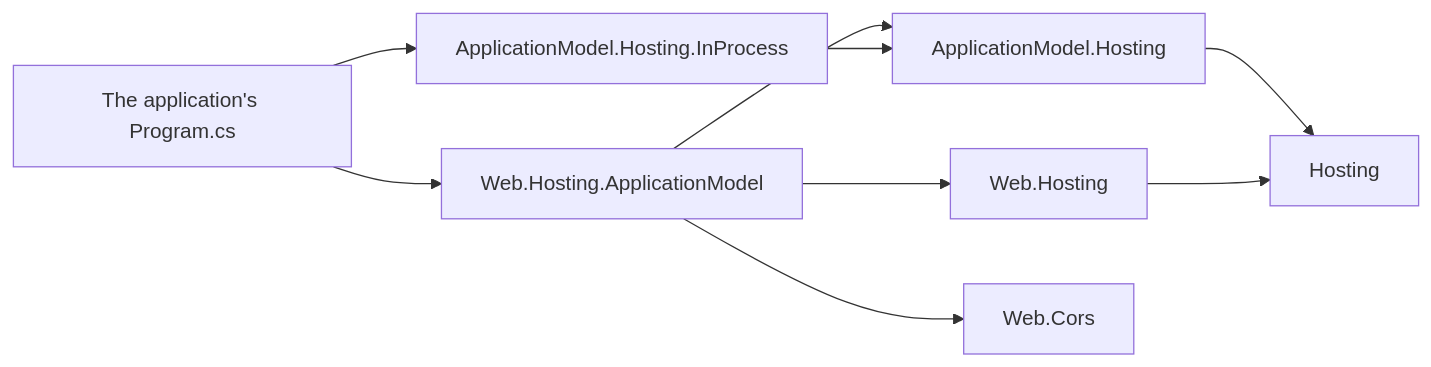
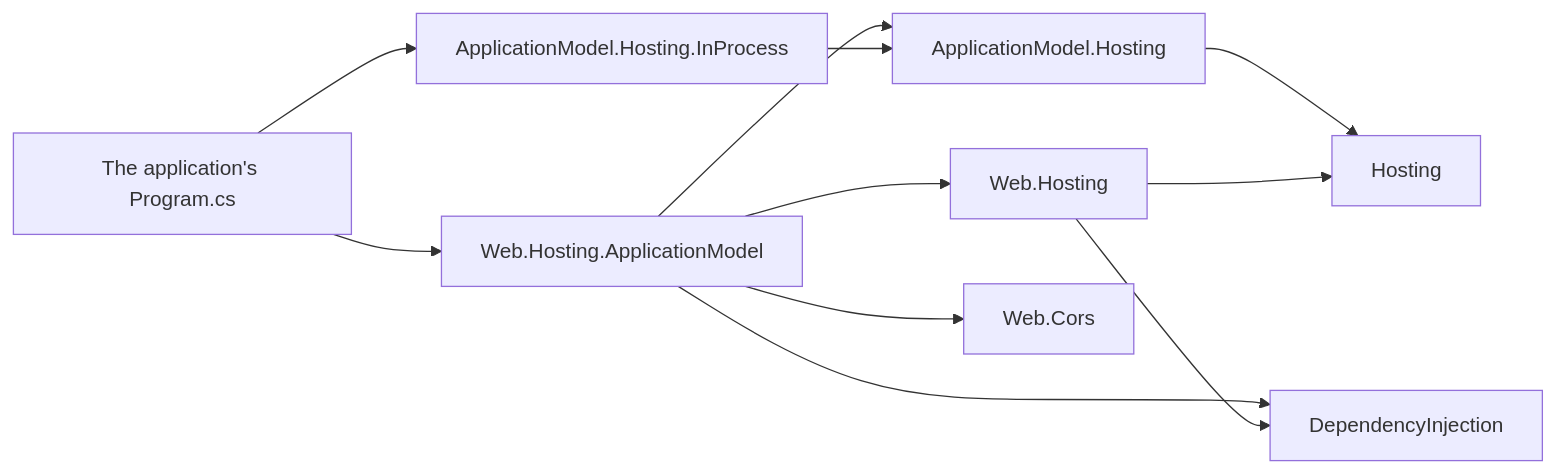
Before and after one commit to assimalign/cohesion: the diagram in resources/Web/Assimalign.Cohesion.Web.Hosting.ApplicationModel/docs/DESIGN.md, drawn with Mermaid. The commit also changed other lines of this file and 13 other files, not shown here.

````diff
--- a/resources/Web/Assimalign.Cohesion.Web.Hosting.ApplicationModel/docs/DESIGN.md
+++ b/resources/Web/Assimalign.Cohesion.Web.Hosting.ApplicationModel/docs/DESIGN.md
@@ -25,11 +28,13 @@
 ```mermaid
 flowchart LR
     WHR["Web.Hosting.ApplicationModel"] --> HR["ApplicationModel.Hosting"]
     WHR --> WH["Web.Hosting"]
+    WHR --> DI["DependencyInjection"]
     WHR --> Cors["Web.Cors"]
     HR --> Hosting["Hosting"]
     WH --> Hosting
+    WH --> DI
     App["The application's Program.cs"] --> WHR
     App --> Platform["ApplicationModel.Hosting.InProcess"]
     Platform --> HR
 ```
````
